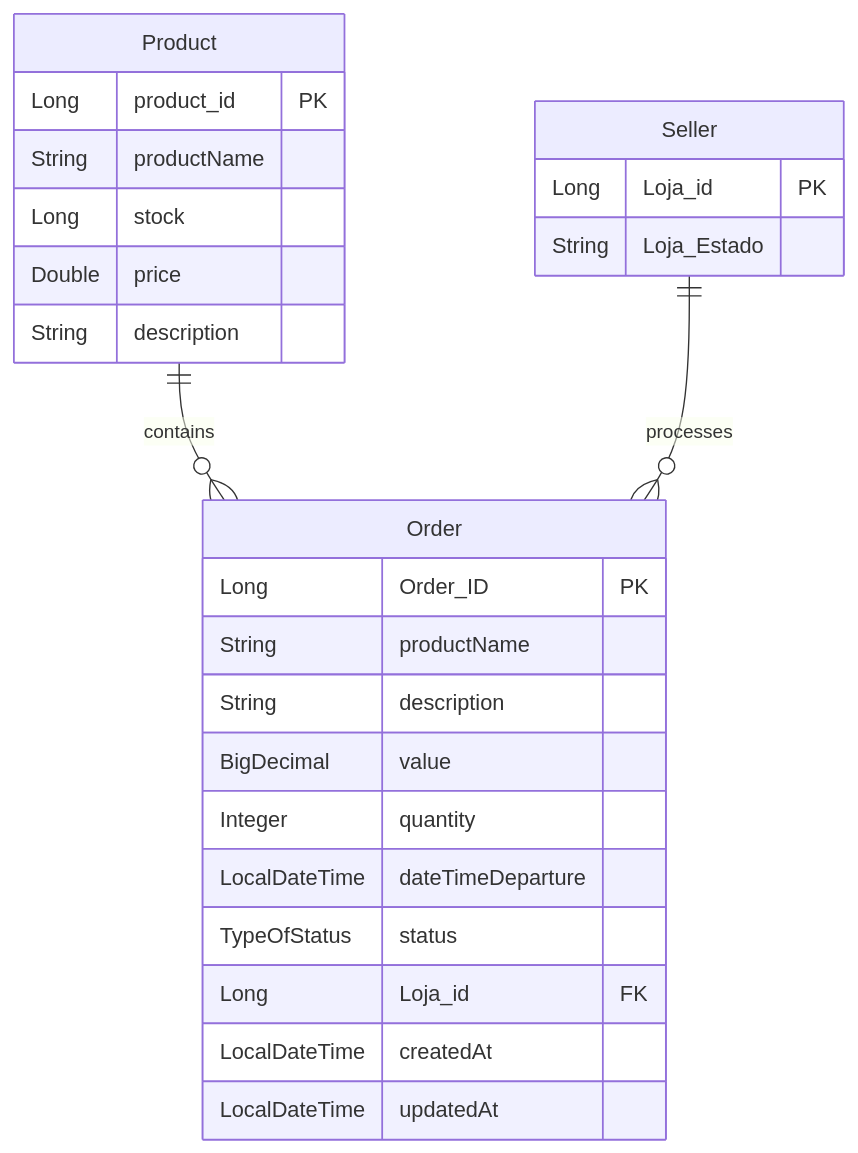
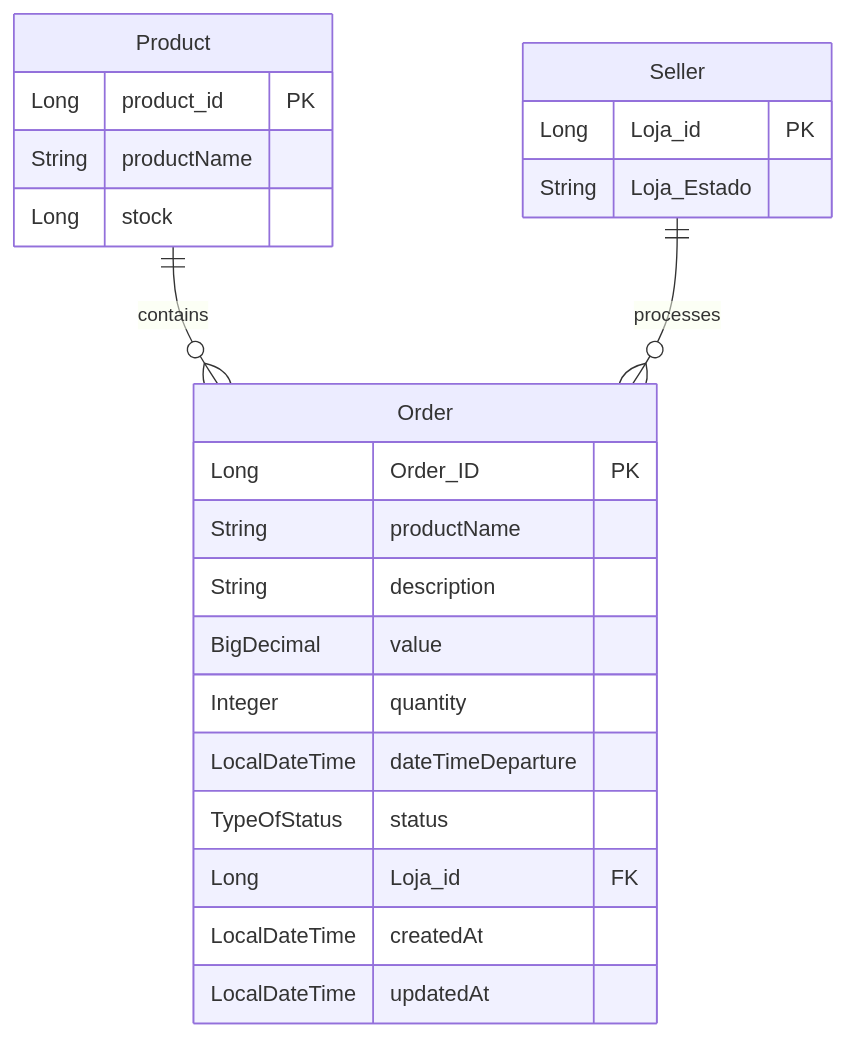
The diagram in README.md (Supiidu/StoreAPI), drawn with Mermaid before and after one commit.

````diff
--- a/README.md
+++ b/README.md
@@ -82,31 +82,29 @@
 ```mermaid
 erDiagram
     Product {
         Long product_id PK
         String productName
         Long stock
-        Double price
-        String description
     }
 
     Seller {
         Long Loja_id PK
         String Loja_Estado
     }
 
     Order {
         Long Order_ID PK
         String productName
         String description
         BigDecimal value
         Integer quantity
         LocalDateTime dateTimeDeparture
         TypeOfStatus status
         Long Loja_id FK
         LocalDateTime createdAt
         LocalDateTime updatedAt
     }
 
     Product ||--o{ Order : contains
     Seller ||--o{ Order : processes
 ```
````
